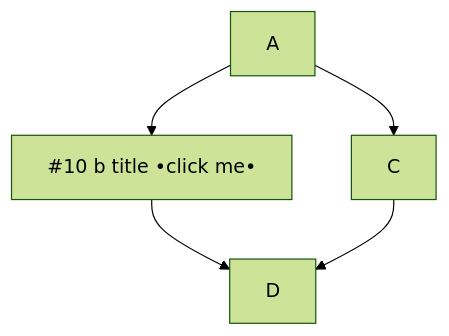
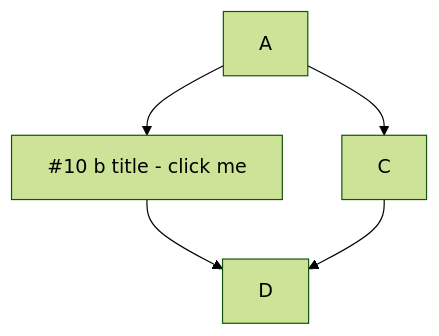
The first of 5 diagrams in README-template.md (sdzialowski-godaddy/mermaid), drawn with Mermaid (forest theme) before and after one commit. The commit also changed 1 other file, not shown here.

Commit message:
clikc me

````diff
--- a/README-template.md
+++ b/README-template.md
@@ -27,7 +27,7 @@
 ```mermaid
   graph TD;
-      A-->B[#10 b title •click me•];
+      A-->B[#10 b title - click me];
       A-->C;
       B-->D;
       C-->D;
 ```
````
